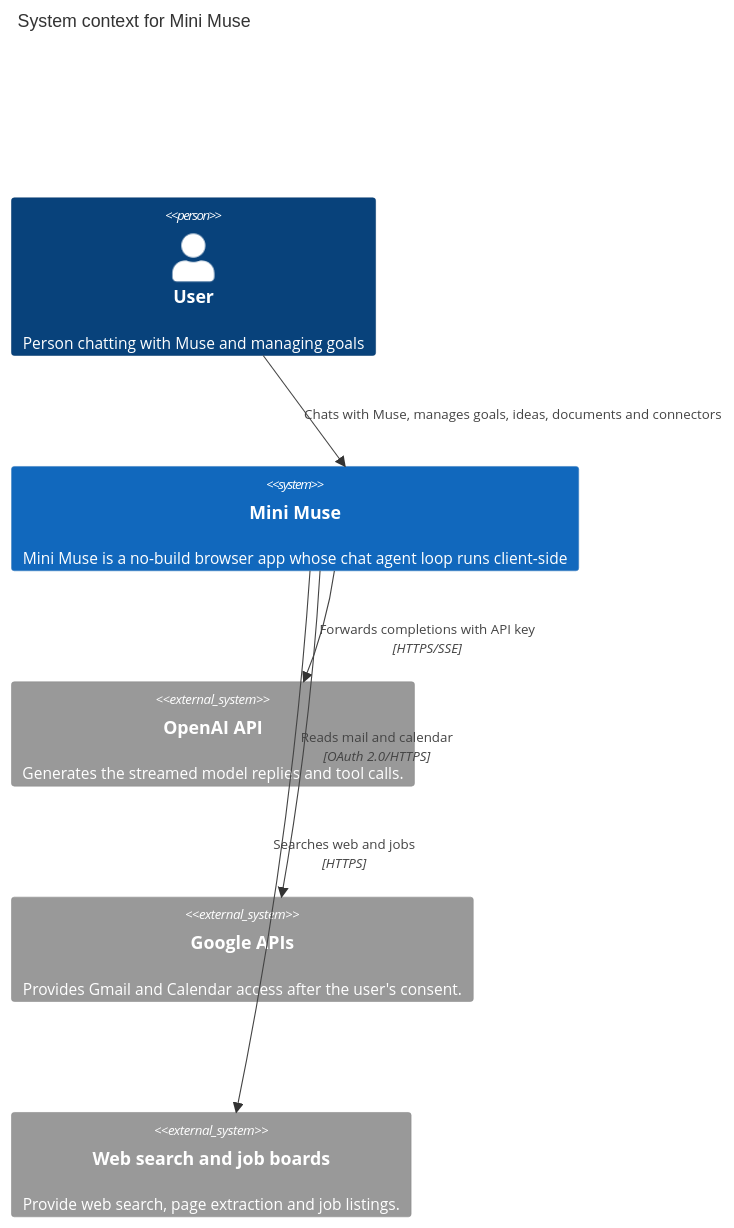
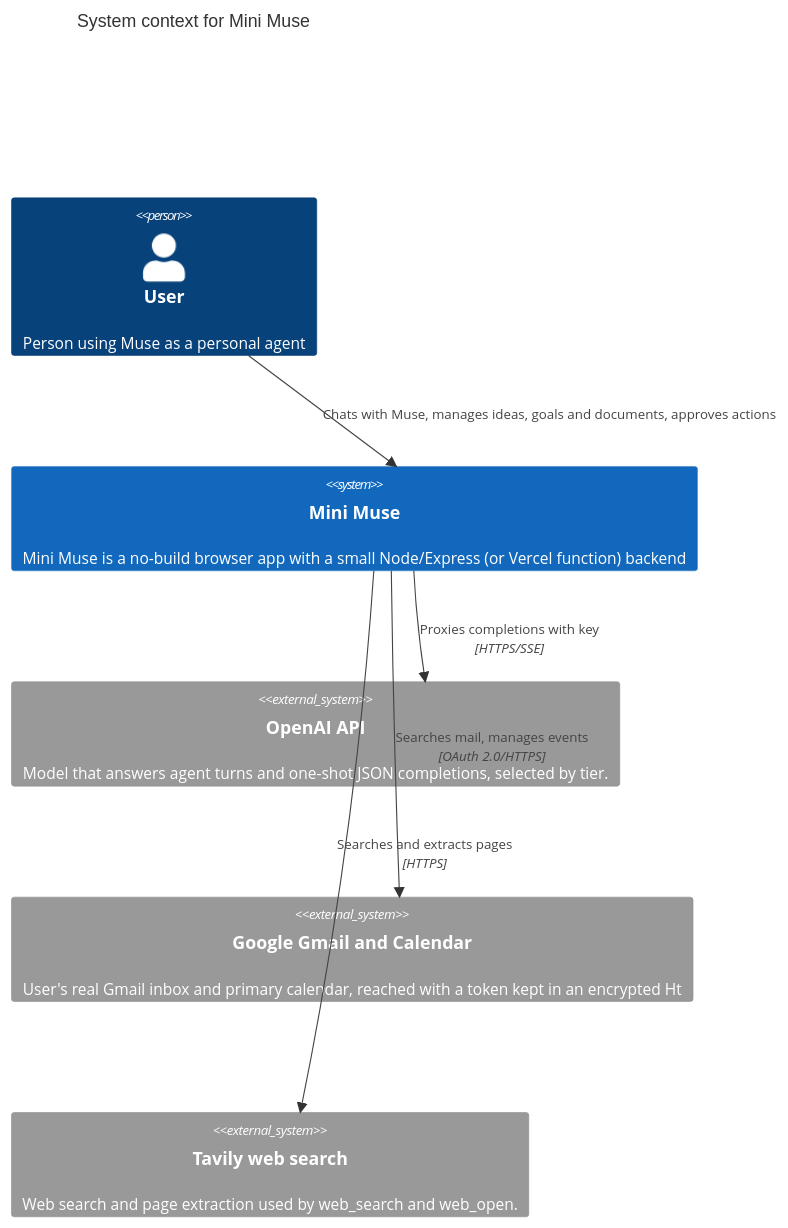
One commit to lngsa1234/mini-muse-mvp changed the diagram in docs/architecture/c4-context.md. Above: the diagram before and after it, drawn with Mermaid. The commit also changed other lines of this file and 3 other files, not shown here.

Commit message:
docs: update 4 team documents (architecture, overview) — AgentForge

````diff
--- a/docs/architecture/c4-context.md
+++ b/docs/architecture/c4-context.md
@@ -13,13 +13,13 @@
 ```mermaid
 C4Context
   title System context for Mini Muse
-  Person(user, "User", "Person chatting with Muse and managing goals")
-  System(system, "Mini Muse", "Mini Muse is a no-build browser app whose chat agent loop runs client-side")
-  System_Ext(openai, "OpenAI API", "Generates the streamed model replies and tool calls.")
-  System_Ext(google, "Google APIs", "Provides Gmail and Calendar access after the user's consent.")
-  System_Ext(web_services, "Web search and job boards", "Provide web search, page extraction and job listings.")
-  Rel(user, system, "Chats with Muse, manages goals, ideas, documents and connectors")
-  Rel(system, openai, "Forwards completions with API key", "HTTPS/SSE")
-  Rel(system, google, "Reads mail and calendar", "OAuth 2.0/HTTPS")
-  Rel(system, web_services, "Searches web and jobs", "HTTPS")
+  Person(user, "User", "Person using Muse as a personal agent")
+  System(system, "Mini Muse", "Mini Muse is a no-build browser app with a small Node/Express (or Vercel function) backend")
+  System_Ext(openai, "OpenAI API", "Model that answers agent turns and one-shot JSON completions, selected by tier.")
+  System_Ext(google_apis, "Google Gmail and Calendar", "User's real Gmail inbox and primary calendar, reached with a token kept in an encrypted Ht")
+  System_Ext(tavily, "Tavily web search", "Web search and page extraction used by web_search and web_open.")
+  Rel(user, system, "Chats with Muse, manages ideas, goals and documents, approves actions")
+  Rel(system, openai, "Proxies completions with key", "HTTPS/SSE")
+  Rel(system, google_apis, "Searches mail, manages events", "OAuth 2.0/HTTPS")
+  Rel(system, tavily, "Searches and extracts pages", "HTTPS")
 ```
````
